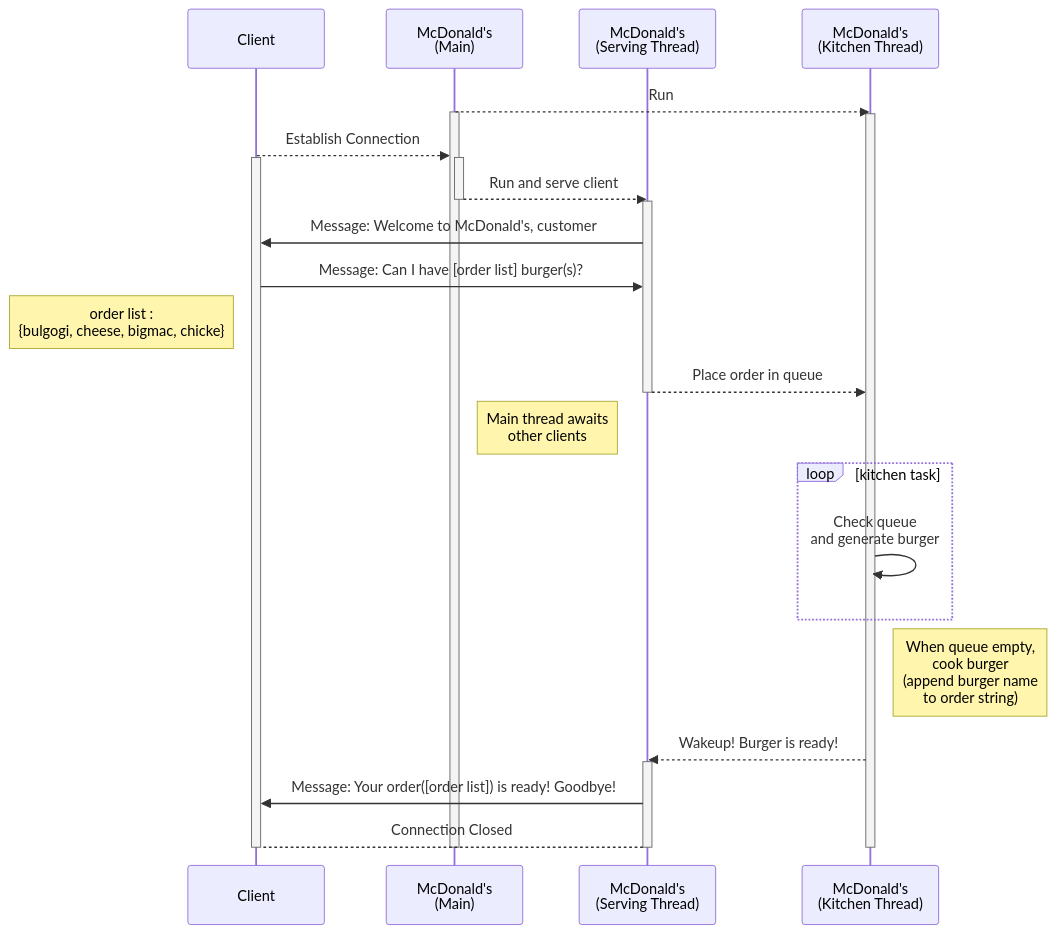
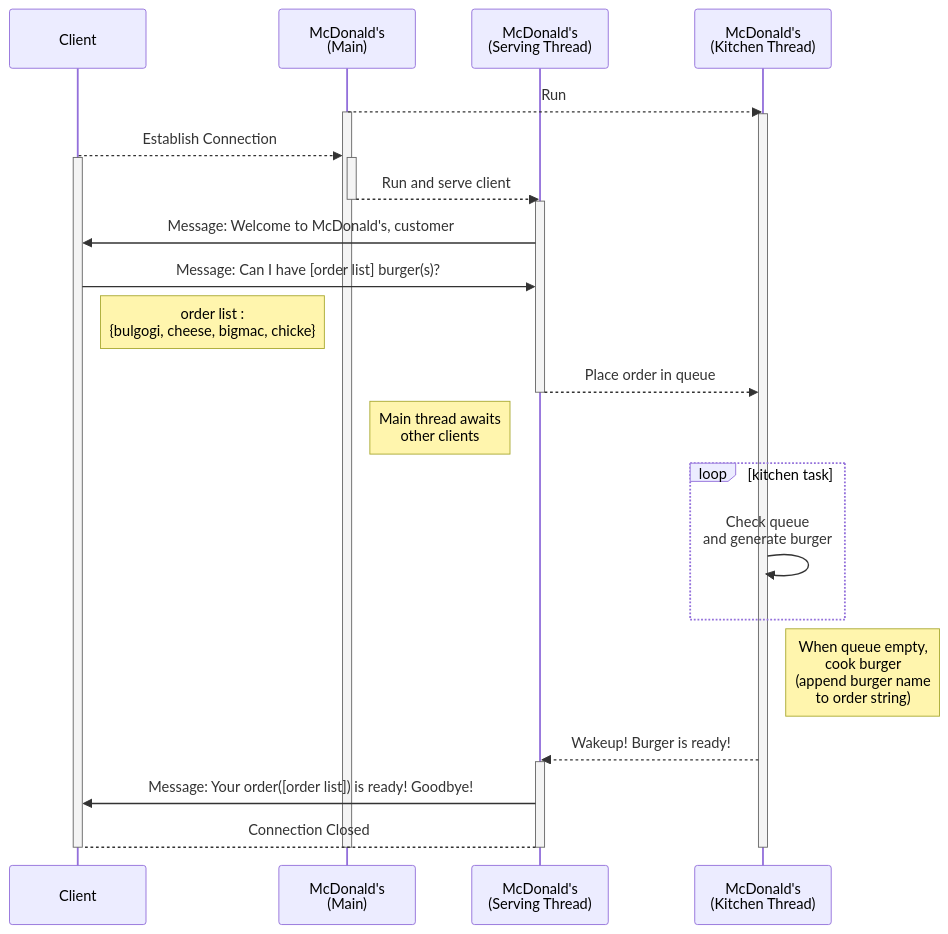
Before and after one commit to SNU-ARC/2024_spring_sysprog_Lab5: the diagram in README.md, drawn with Mermaid.

````diff
--- a/README.md
+++ b/README.md
@@ -170,34 +170,34 @@
 ```mermaid
 sequenceDiagram
     participant C as Client
     participant M as McDonald's<br>(Main)
     participant S as McDonald's<br>(Serving Thread)
     participant K as McDonald's<br>(Kitchen Thread)
     M-->>K: Run
     Activate M
     Activate K
     C-->>M: Establish Connection
     Activate M
     Activate C
     M-->>S: Run and serve client
     Activate S
     Deactivate M
     S->>C: Message: Welcome to McDonald's, customer #xx
     C->>S: Message: Can I have [order list] burger(s)?             
-    Note left of C : order list :<br> {bulgogi, cheese, bigmac, chicke}
+    Note right of C : order list :<br> {bulgogi, cheese, bigmac, chicke}
     S-->>K: Place order in queue
     Deactivate S
     Note right of M: Main thread awaits<br>other clients
     loop kitchen task
       K->>K: Check queue <br> and generate burger
     end
     Note right of K: When queue empty,<br>cook burger<br>(append burger name<br>to order string)
     K-->>S: Wakeup! Burger is ready!
     Activate S
     S->>C: Message: Your order([order list]) is ready! Goodbye!        
     S-->C: Connection Closed
     Deactivate C
     Deactivate K
     Deactivate S
     Deactivate M
 ```
````
